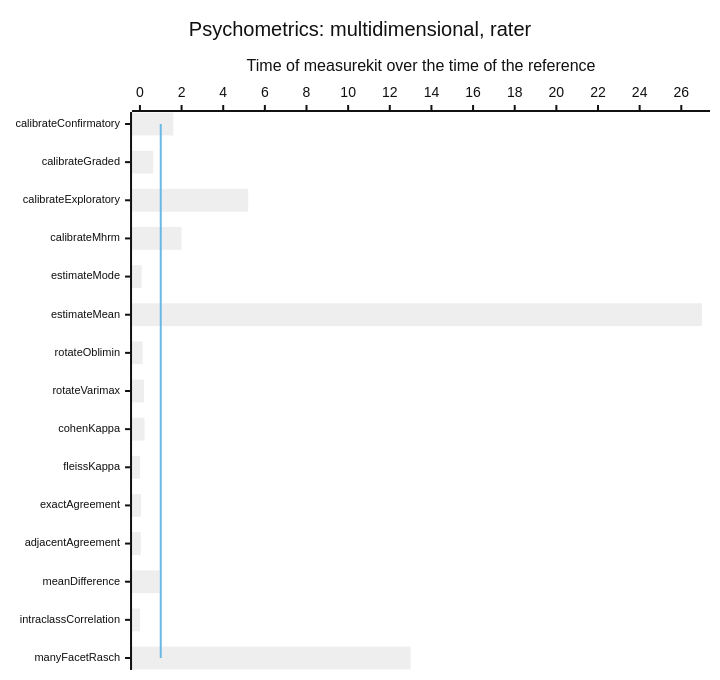
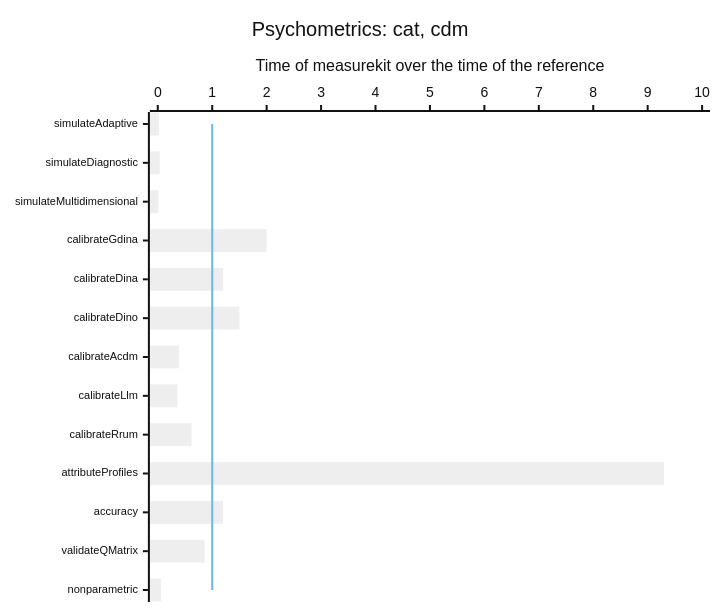
The seventh of 11 diagrams in docs/performance.md (measurekit/measurekit), drawn with Mermaid (neutral theme) before and after one commit. The commit also changed other lines of this file and 5 other files, not shown here.

````diff
--- a/docs/performance.md
+++ b/docs/performance.md
@@ -73,9 +73,9 @@
 ```mermaid
-%%{init: {"xyChart": {"height": 660, "xAxis": {"labelFontSize": 11}}}}%%
+%%{init: {"xyChart": {"height": 592, "xAxis": {"labelFontSize": 11}}}}%%
 xychart-beta horizontal
-  title "Psychometrics: multidimensional, rater"
-  x-axis ["calibrateConfirmatory", "calibrateGraded", "calibrateExploratory", "calibrateMhrm", "estimateMode", "estimateMean", "rotateOblimin", "rotateVarimax", "cohenKappa", "fleissKappa", "exactAgreement", "adjacentAgreement", "meanDifference", "intraclassCorrelation", "manyFacetRasch"]
-  y-axis "Time of measurekit over the time of the reference" 0 --> 27
-  bar [1.6, 0.64, 5.2, 2, 0.083, 27, 0.13, 0.19, 0.22, 0.0084, 0.053, 0.045, 0.94, 0.0023, 13]
-  line [1, 1, 1, 1, 1, 1, 1, 1, 1, 1, 1, 1, 1, 1, 1]
+  title "Psychometrics: cat, cdm"
+  x-axis ["simulateAdaptive", "simulateDiagnostic", "simulateMultidimensional", "calibrateGdina", "calibrateDina", "calibrateDino", "calibrateAcdm", "calibrateLlm", "calibrateRrum", "attributeProfiles", "accuracy", "validateQMatrix", "nonparametric"]
+  y-axis "Time of measurekit over the time of the reference" 0 --> 10
+  bar [0.021, 0.035, 0.013, 2, 1.2, 1.5, 0.39, 0.36, 0.62, 9.3, 1.2, 0.86, 0.06]
+  line [1, 1, 1, 1, 1, 1, 1, 1, 1, 1, 1, 1, 1]
 ```
````
